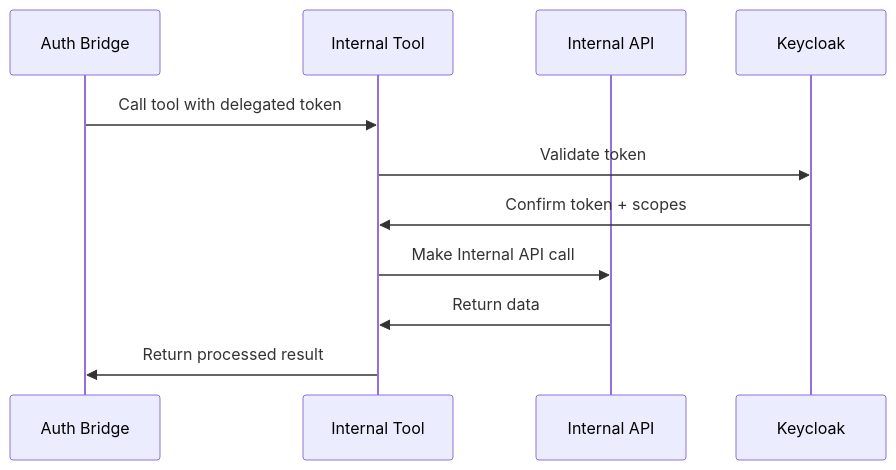
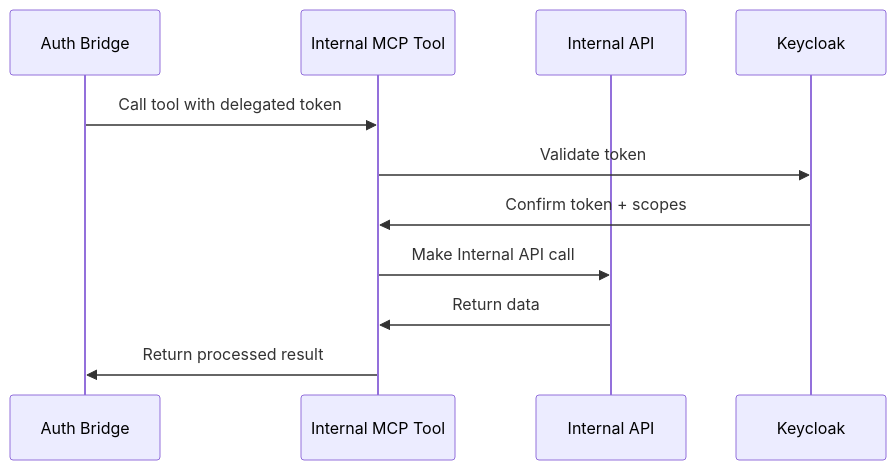
Before and after one commit to pdettori/kagenti: the third of 5 diagrams in docs/demo-identity.md, drawn with Mermaid. The commit also changed 3 other files, not shown here.

Commit message:
Fix flow diagram Internal MCP Tool

````diff
--- a/docs/demo-identity.md
+++ b/docs/demo-identity.md
@@ -340,14 +340,14 @@
 ```mermaid
 sequenceDiagram
     participant Agent as Auth Bridge
-    participant Tool as Internal Tool
+    participant Tool as Internal MCP Tool
     participant API as Internal API
     participant KC as Keycloak
     
     Agent->>Tool: Call tool with delegated token
     Tool->>KC: Validate token
     KC->>Tool: Confirm token + scopes
     Tool->>API: Make Internal API call
     API->>Tool: Return data
     Tool->>Agent: Return processed result
 ```
````
